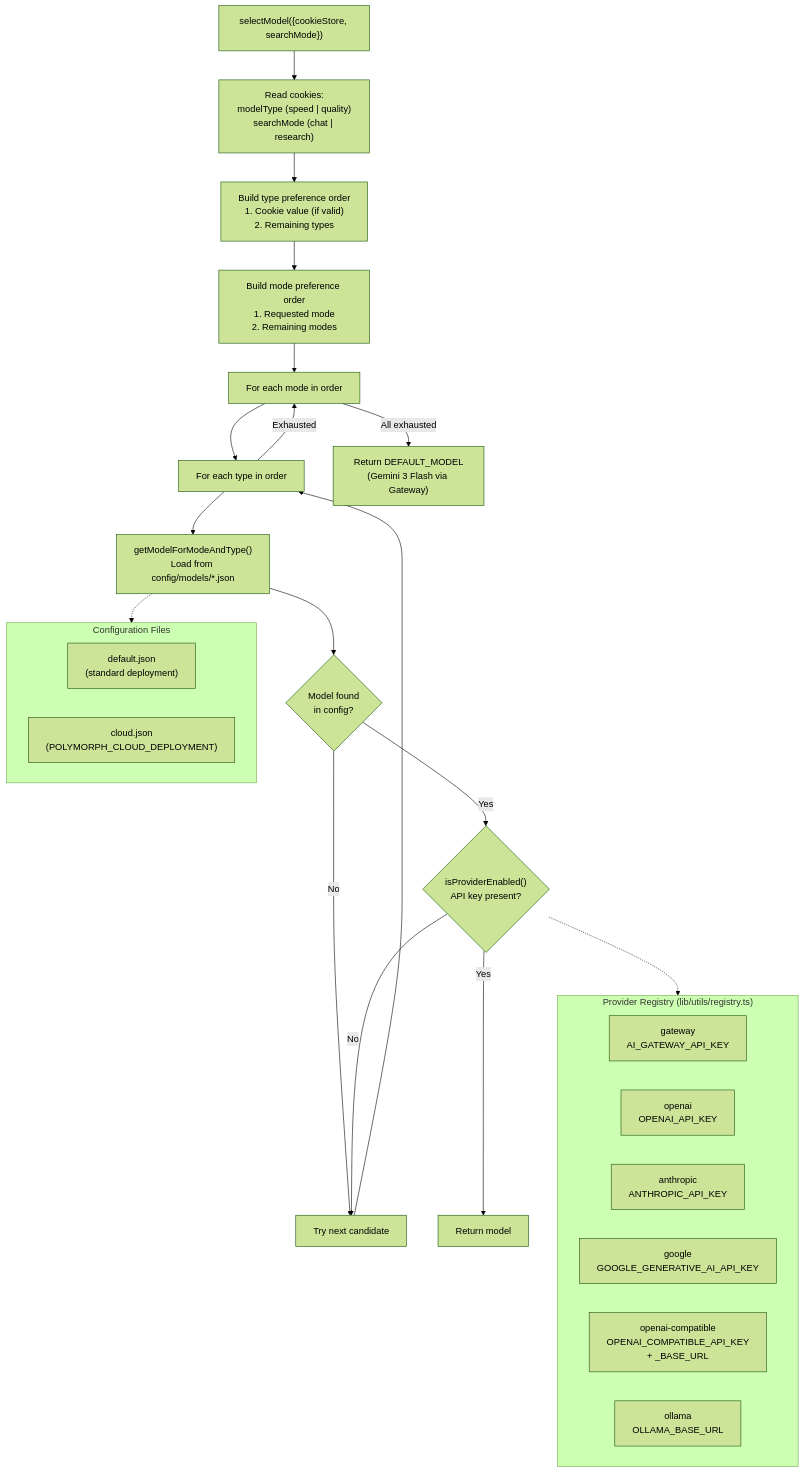
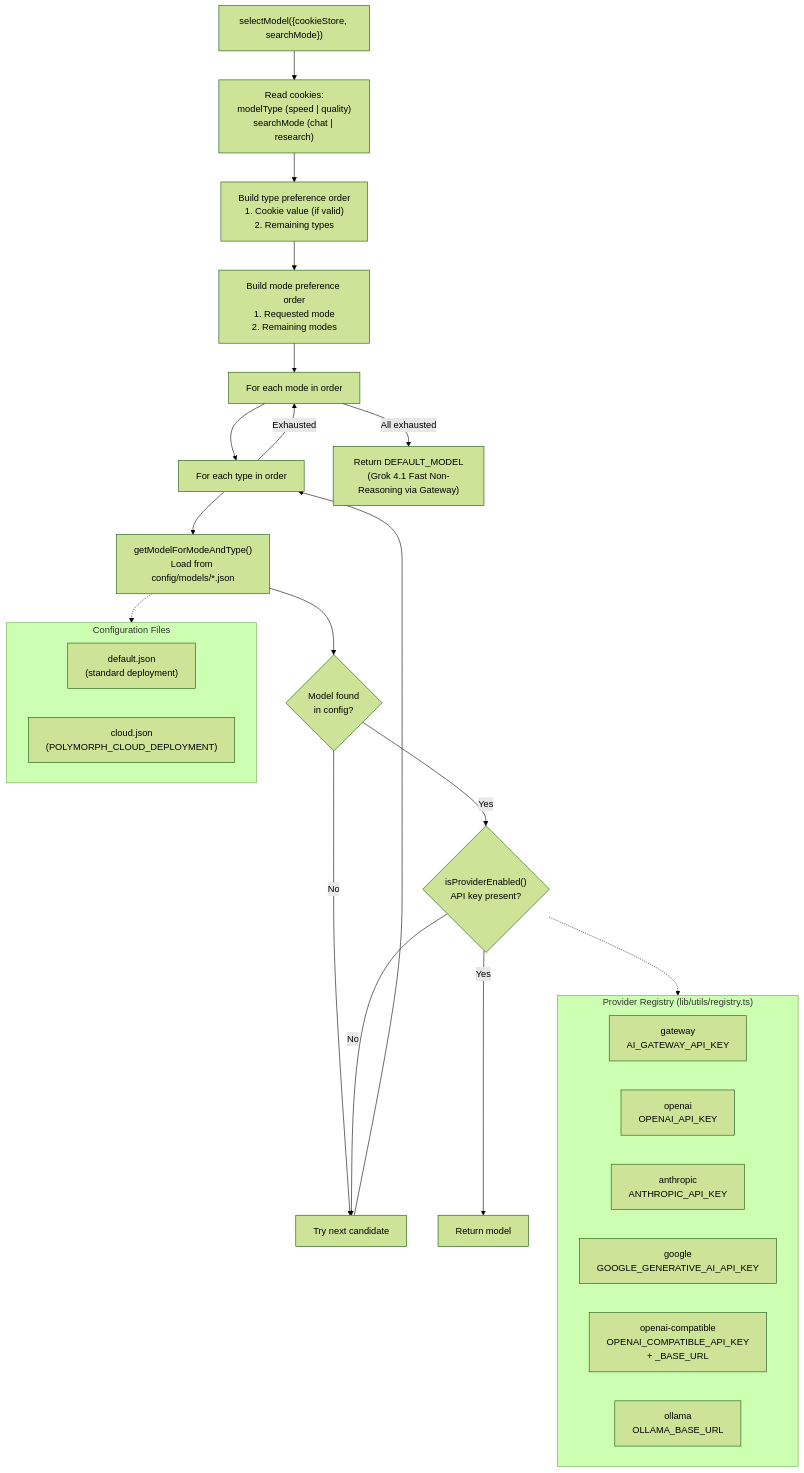
The eighth of 10 diagrams in docs/architecture/OVERVIEW.md (NickB03/polymorph), drawn with Mermaid (forest theme) before and after one commit. The commit also changed other lines of this file and 10 other files, not shown here.

Commit message:
fix(models): use Grok non-reasoning gateway id

````diff
--- a/docs/architecture/OVERVIEW.md
+++ b/docs/architecture/OVERVIEW.md
@@ -631,44 +631,44 @@
 ```mermaid
 flowchart TD
     Start["selectModel({cookieStore, searchMode})"]
     ReadCookies["Read cookies:<br/>modelType (speed | quality)<br/>searchMode (chat | research)"]
     BuildTypeOrder["Build type preference order<br/>1. Cookie value (if valid)<br/>2. Remaining types"]
     BuildModeOrder["Build mode preference order<br/>1. Requested mode<br/>2. Remaining modes"]
 
     LoopModes["For each mode in order"]
     LoopTypes["For each type in order"]
     LoadConfig["getModelForModeAndType()<br/>Load from config/models/*.json"]
     ConfigFound{"Model found<br/>in config?"}
     ProviderEnabled{"isProviderEnabled()<br/>API key present?"}
     ReturnModel["Return model"]
     NextCandidate["Try next candidate"]
-    DefaultModel["Return DEFAULT_MODEL<br/>(Gemini 3 Flash via Gateway)"]
+    DefaultModel["Return DEFAULT_MODEL<br/>(Grok 4.1 Fast Non-Reasoning via Gateway)"]
 
     subgraph ConfigFiles["Configuration Files"]
         DefaultJSON["default.json<br/>(standard deployment)"]
         CloudJSON["cloud.json<br/>(POLYMORPH_CLOUD_DEPLOYMENT)"]
     end
 
     subgraph Providers["Provider Registry (lib/utils/registry.ts)"]
         Gateway["gateway<br/>AI_GATEWAY_API_KEY"]
         OpenAI["openai<br/>OPENAI_API_KEY"]
         Anthropic["anthropic<br/>ANTHROPIC_API_KEY"]
         Google["google<br/>GOOGLE_GENERATIVE_AI_API_KEY"]
         OpenAICompat["openai-compatible<br/>OPENAI_COMPATIBLE_API_KEY<br/>+ _BASE_URL"]
         Ollama["ollama<br/>OLLAMA_BASE_URL"]
     end
 
     Start --> ReadCookies --> BuildTypeOrder --> BuildModeOrder
     BuildModeOrder --> LoopModes --> LoopTypes
     LoopTypes --> LoadConfig --> ConfigFound
     ConfigFound -->|No| NextCandidate
     ConfigFound -->|Yes| ProviderEnabled
     ProviderEnabled -->|No| NextCandidate
     ProviderEnabled -->|Yes| ReturnModel
     NextCandidate --> LoopTypes
     LoopTypes -->|"Exhausted"| LoopModes
     LoopModes -->|"All exhausted"| DefaultModel
 
     LoadConfig -.-> ConfigFiles
     ProviderEnabled -.-> Providers
 ```
````
